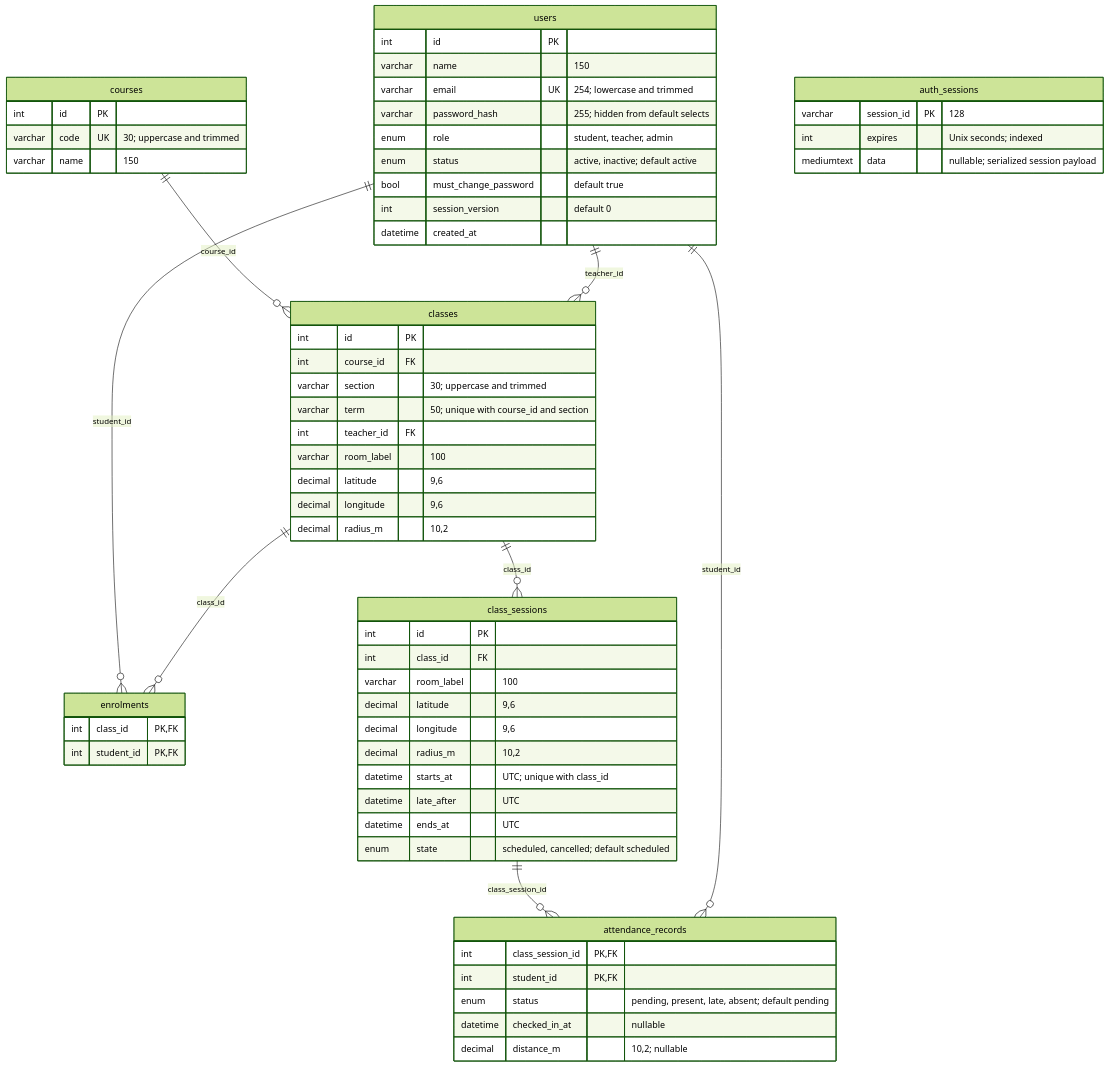
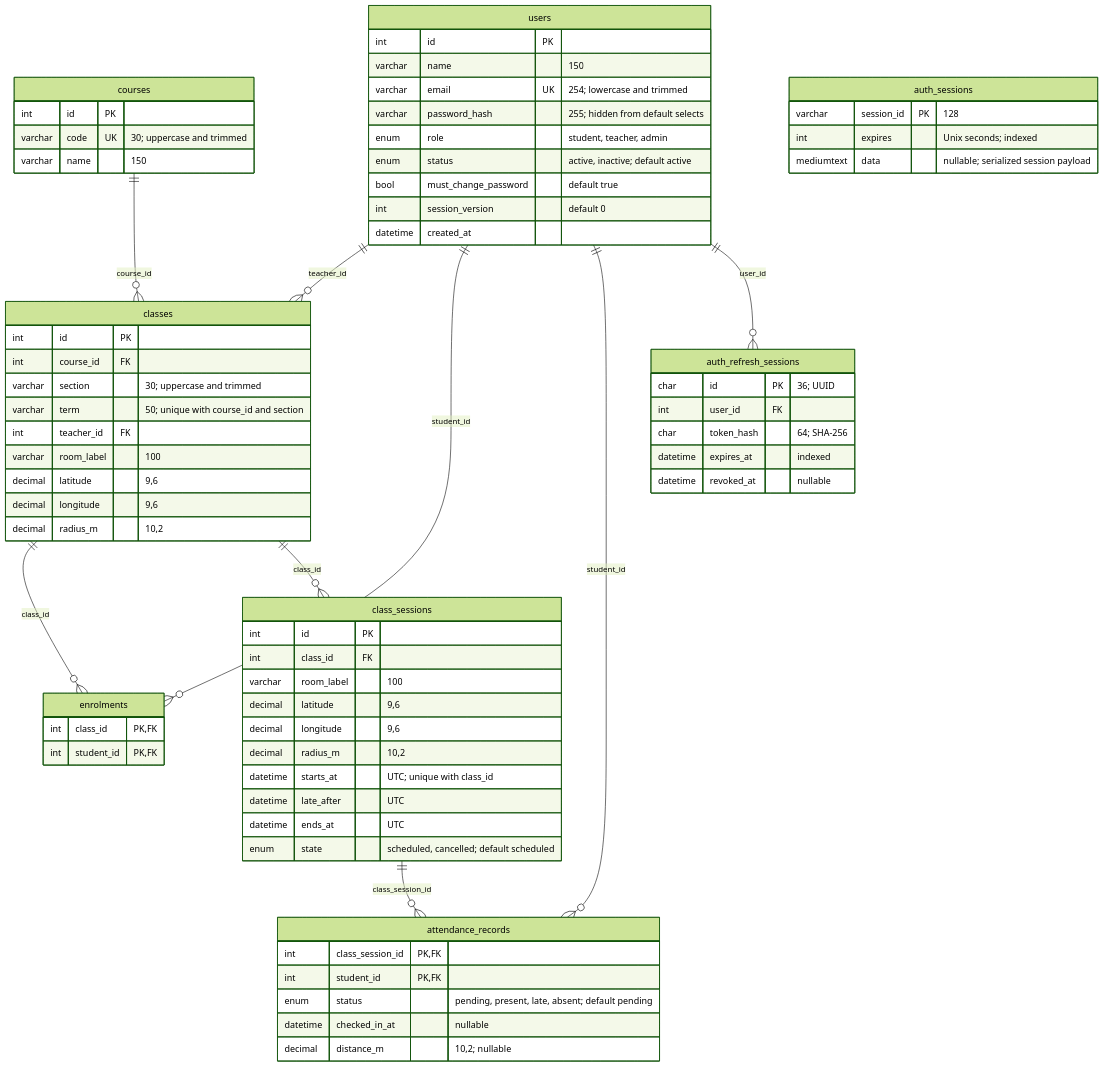
One commit to AungMoeThuam/opentexila-backend changed the diagram in docs/database-erd.md. Above: the diagram before and after it, drawn with Mermaid (forest theme). The commit also changed other lines of this file and 14 other files, not shown here.

Commit message:
fix(auth): verify refresh credentials and complete JWT validation

````diff
--- a/docs/database-erd.md
+++ b/docs/database-erd.md
@@ -7,66 +7,74 @@
 ```mermaid
 erDiagram
     courses ||--o{ classes : "course_id"
     users ||--o{ classes : "teacher_id"
     users ||--o{ enrolments : "student_id"
     classes ||--o{ enrolments : "class_id"
     classes ||--o{ class_sessions : "class_id"
     class_sessions ||--o{ attendance_records : "class_session_id"
     users ||--o{ attendance_records : "student_id"
+    users ||--o{ auth_refresh_sessions : "user_id"
 
     users {
         int id PK
         varchar name "150"
         varchar email UK "254; lowercase and trimmed"
         varchar password_hash "255; hidden from default selects"
         enum role "student, teacher, admin"
         enum status "active, inactive; default active"
         bool must_change_password "default true"
         int session_version "default 0"
         datetime created_at
     }
     courses {
         int id PK
         varchar code UK "30; uppercase and trimmed"
         varchar name "150"
     }
     classes {
         int id PK
         int course_id FK
         varchar section "30; uppercase and trimmed"
         varchar term "50; unique with course_id and section"
         int teacher_id FK
         varchar room_label "100"
         decimal latitude "9,6"
         decimal longitude "9,6"
         decimal radius_m "10,2"
     }
     enrolments {
         int class_id PK, FK
         int student_id PK, FK
     }
     class_sessions {
         int id PK
         int class_id FK
         varchar room_label "100"
         decimal latitude "9,6"
         decimal longitude "9,6"
         decimal radius_m "10,2"
         datetime starts_at "UTC; unique with class_id"
         datetime late_after "UTC"
         datetime ends_at "UTC"
         enum state "scheduled, cancelled; default scheduled"
     }
     attendance_records {
         int class_session_id PK, FK
         int student_id PK, FK
         enum status "pending, present, late, absent; default pending"
         datetime checked_in_at "nullable"
         decimal distance_m "10,2; nullable"
     }
+    auth_refresh_sessions {
+        char id PK "36; UUID"
+        int user_id FK
+        char token_hash "64; SHA-256"
+        datetime expires_at "indexed"
+        datetime revoked_at "nullable"
+    }
     auth_sessions {
         varchar session_id PK "128"
         int expires "Unix seconds; indexed"
         mediumtext data "nullable; serialized session payload"
     }
 ```
````
